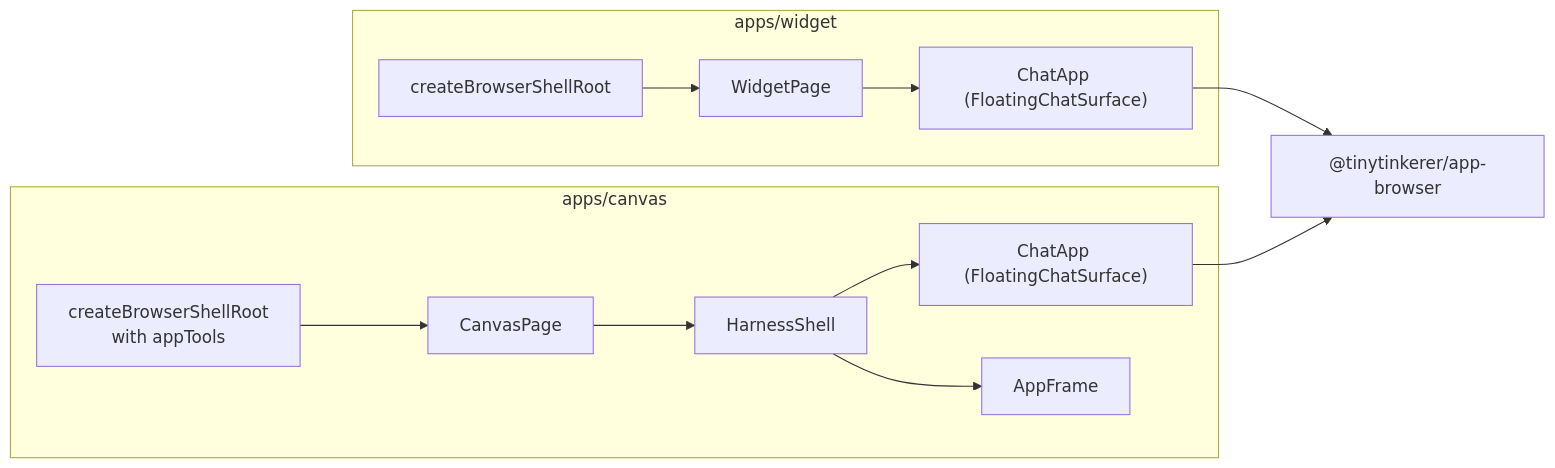
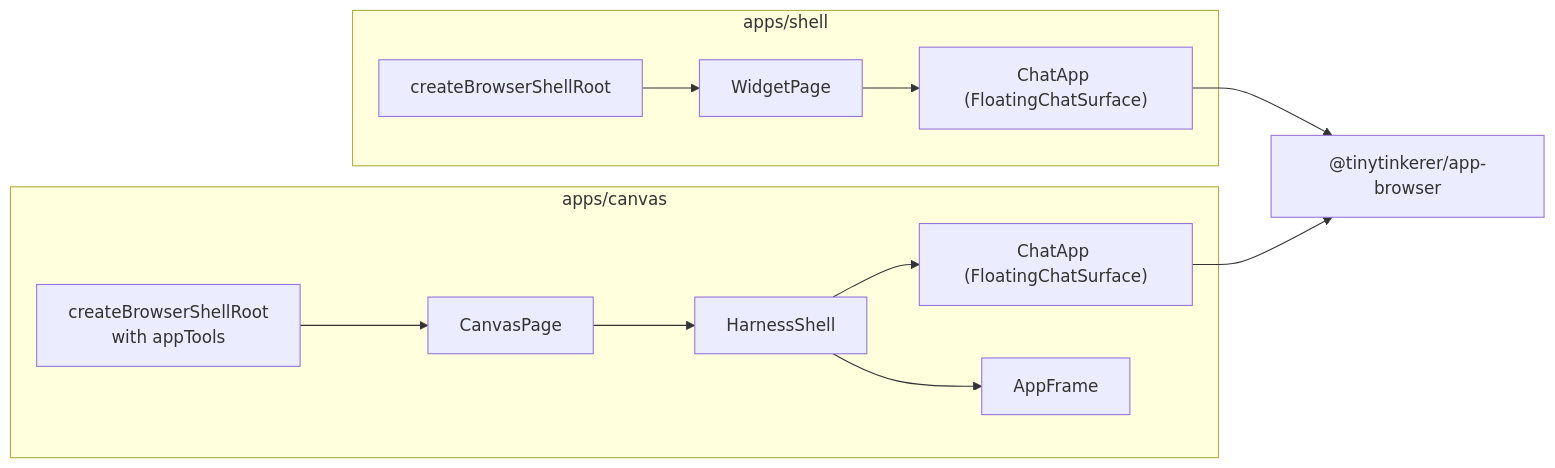
One commit to NNTin/tinytinkerer changed the tenth of 12 diagrams in docs/app-harness.md. Above: the diagram before and after it, drawn with Mermaid. The commit also changed other lines of this file and 91 other files, not shown here.

````diff
--- a/docs/app-harness.md
+++ b/docs/app-harness.md
@@ -635,24 +635,24 @@
 ```mermaid
 flowchart LR
-  subgraph widget["apps/widget"]
+  subgraph widget["apps/shell"]
     widgetMain["createBrowserShellRoot"]
     widgetPage["WidgetPage"]
     widgetChat["ChatApp (FloatingChatSurface)"]
     widgetMain --> widgetPage --> widgetChat
   end
 
   subgraph canvas["apps/canvas"]
     canvasMain["createBrowserShellRoot<br/>with appTools"]
     canvasPage["CanvasPage"]
     harnessShell["HarnessShell"]
     canvasChat["ChatApp (FloatingChatSurface)"]
     appFrame["AppFrame"]
     canvasMain --> canvasPage --> harnessShell
     harnessShell --> canvasChat
     harnessShell --> appFrame
   end
 
   shared["@tinytinkerer/app-browser"]
   widgetChat --> shared
   canvasChat --> shared
 ```
````
